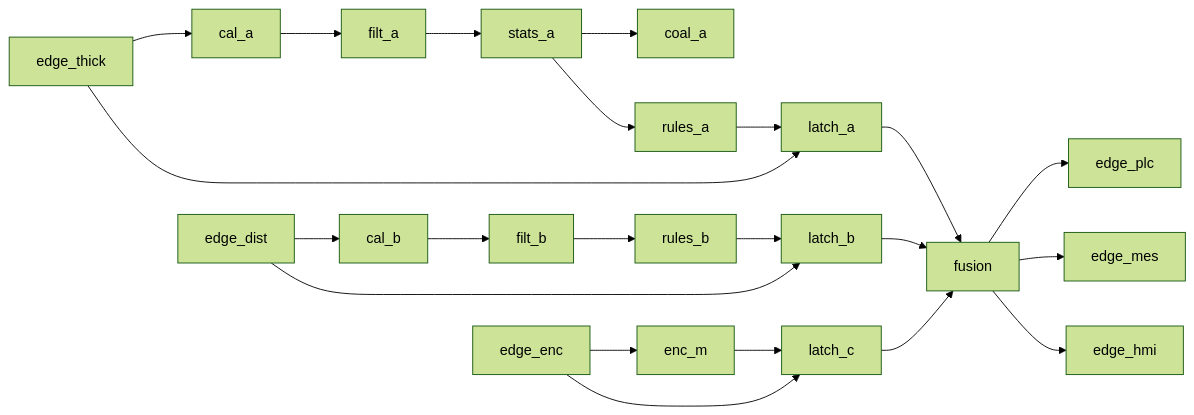
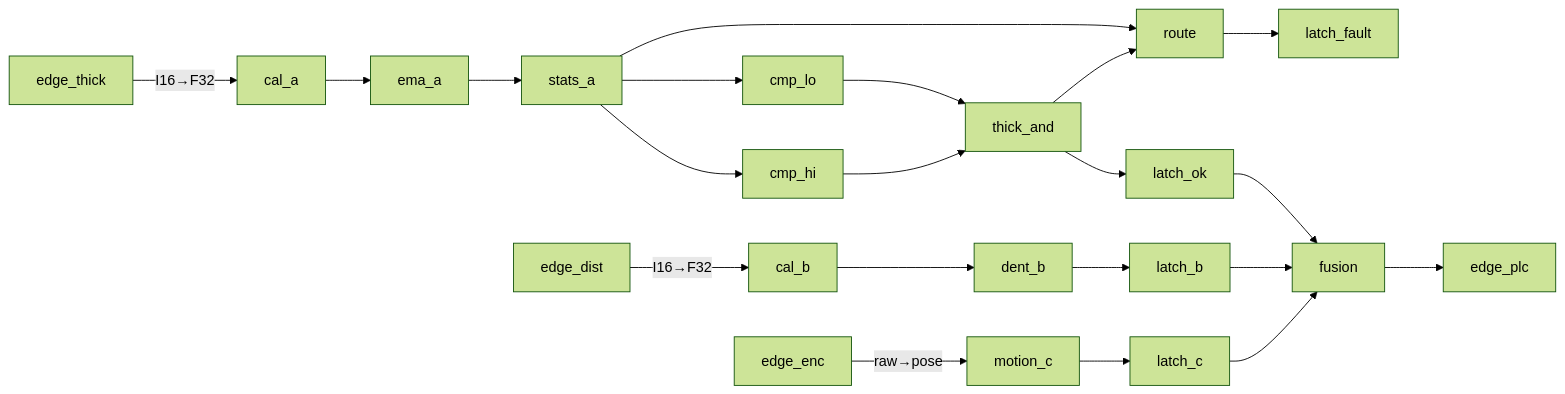
Before and after one commit to rbenzazon/node-graph-engine: diagram 14 of 14 in docs/demo.md, drawn with Mermaid (forest theme). The commit also changed other lines of this file and 38 other files, not shown here.

````diff
--- a/docs/demo.md
+++ b/docs/demo.md
@@ -753,16 +758,16 @@
 ```mermaid
 flowchart LR
-  edge_thick --> cal_a --> filt_a --> stats_a --> coal_a
-  stats_a --> rules_a --> latch_a
-  edge_thick --> latch_a
-  edge_dist --> cal_b --> filt_b --> rules_b --> latch_b
-  edge_dist --> latch_b
-  edge_enc --> enc_m --> latch_c
-  edge_enc --> latch_c
-  latch_a --> fusion
+  edge_thick -->|I16→F32| cal_a --> ema_a --> stats_a
+  stats_a --> cmp_lo --> thick_and
+  stats_a --> cmp_hi --> thick_and
+  stats_a --> route
+  thick_and --> route
+  thick_and --> latch_ok
+  route --> latch_fault
+  edge_dist -->|I16→F32| cal_b --> dent_b --> latch_b
+  edge_enc -->|raw→pose| motion_c --> latch_c
+  latch_ok --> fusion
   latch_b --> fusion
   latch_c --> fusion
   fusion --> edge_plc
-  fusion --> edge_mes
-  fusion --> edge_hmi
 ```
````
